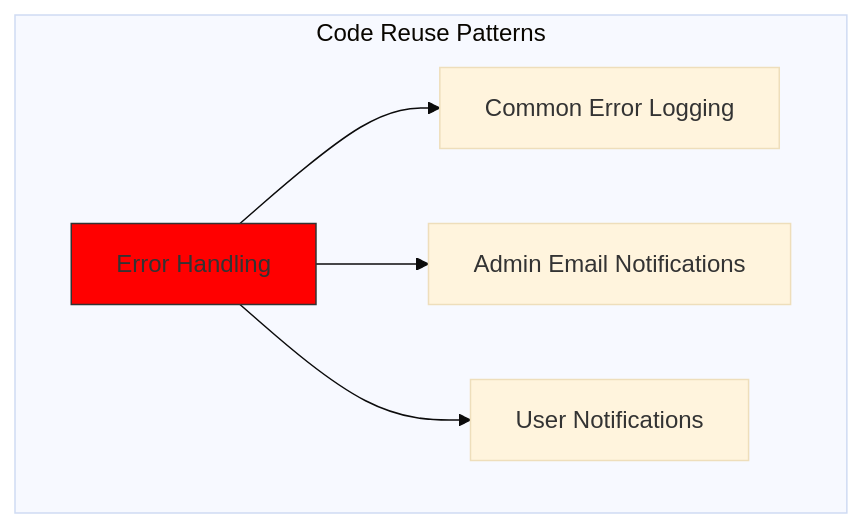
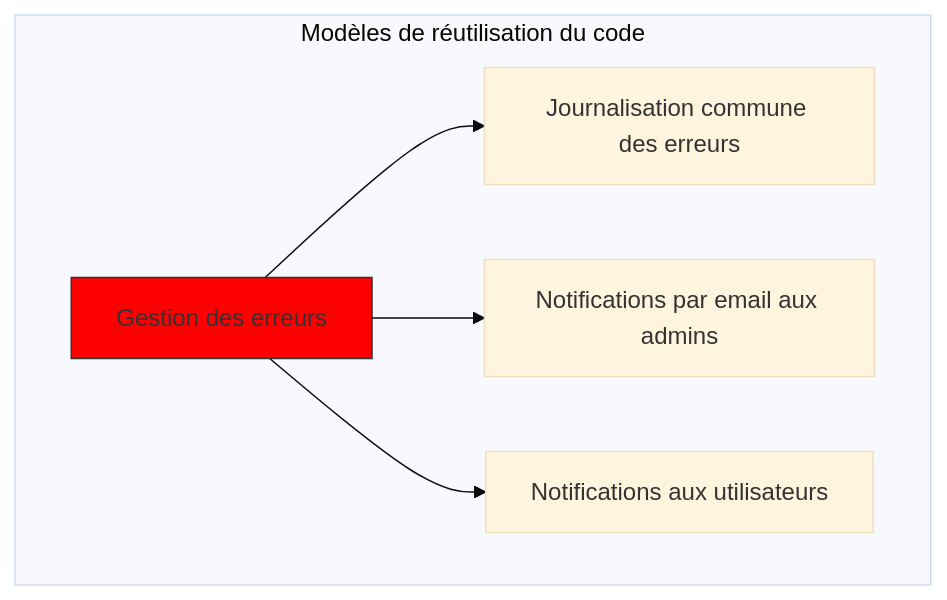
The fourth of 7 diagrams in app/views/docs/building-reliable-payment-system-stripe-paypal/index-fr.md (forwardemail/forwardemail.net), drawn with Mermaid (base theme) before and after one commit. The commit also changed other lines of this file and 1055 other files, not shown here.

````diff
--- a/app/views/docs/building-reliable-payment-system-stripe-paypal/index-fr.md
+++ b/app/views/docs/building-reliable-payment-system-stripe-paypal/index-fr.md
@@ -611,14 +615,14 @@
 ```mermaid
 graph TD
-    subgraph "Code Reuse Patterns"
-        E[Error Handling] --> F[Common Error Logging]
-        E --> G[Admin Email Notifications]
-        E --> H[User Notifications]
+    subgraph "Modèles de réutilisation du code"
+        E[Gestion des erreurs] --> F[Journalisation commune des erreurs]
+        E --> G[Notifications par email aux admins]
+        E --> H[Notifications aux utilisateurs]
     end
 
     classDef primary fill:blue,stroke:#333,stroke-width:2px;
     classDef secondary fill:red,stroke:#333,stroke-width:1px;
 
     class A,P,V primary;
     class B,C,D,E,I,L,Q,R,S,W,X,Y,Z secondary;
 ```
````
